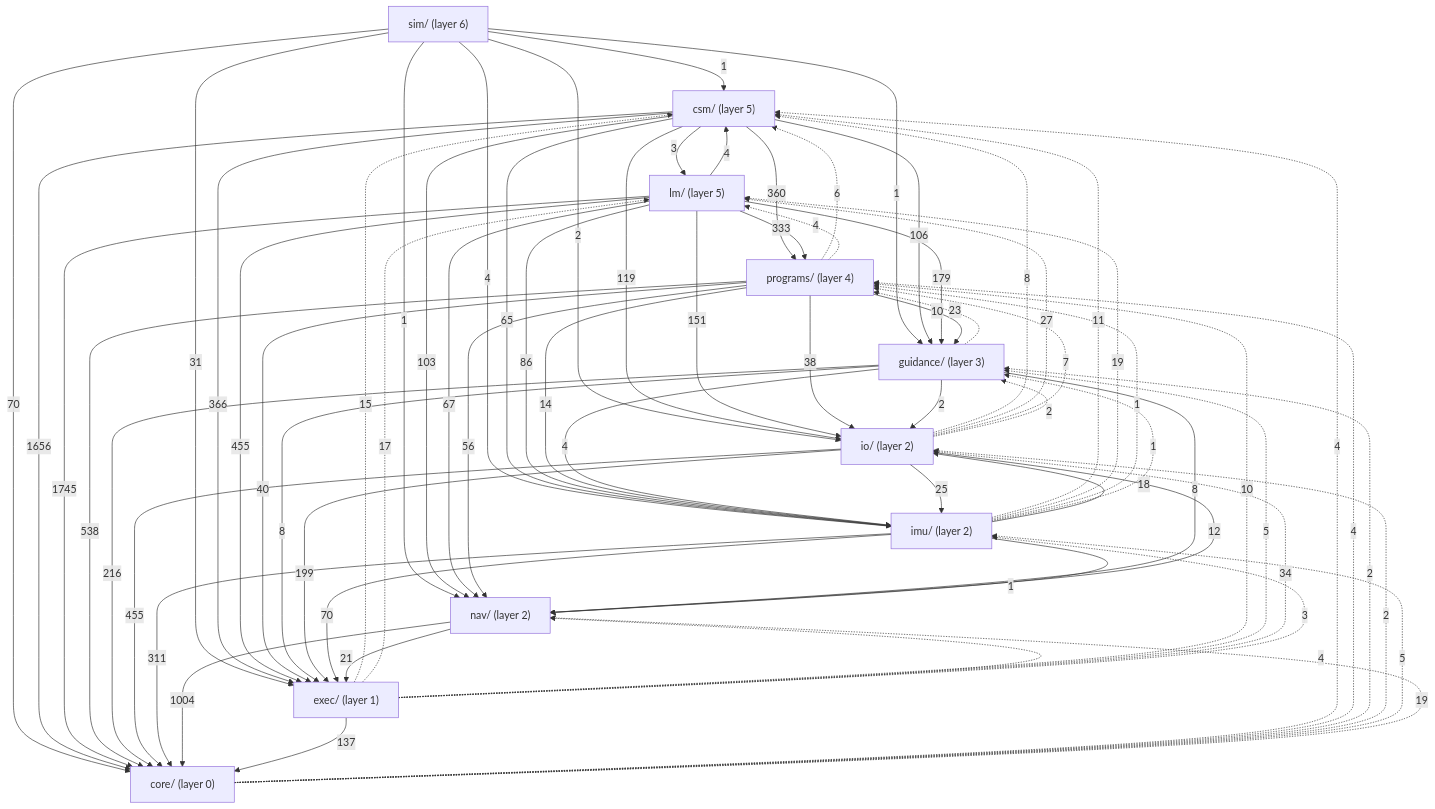
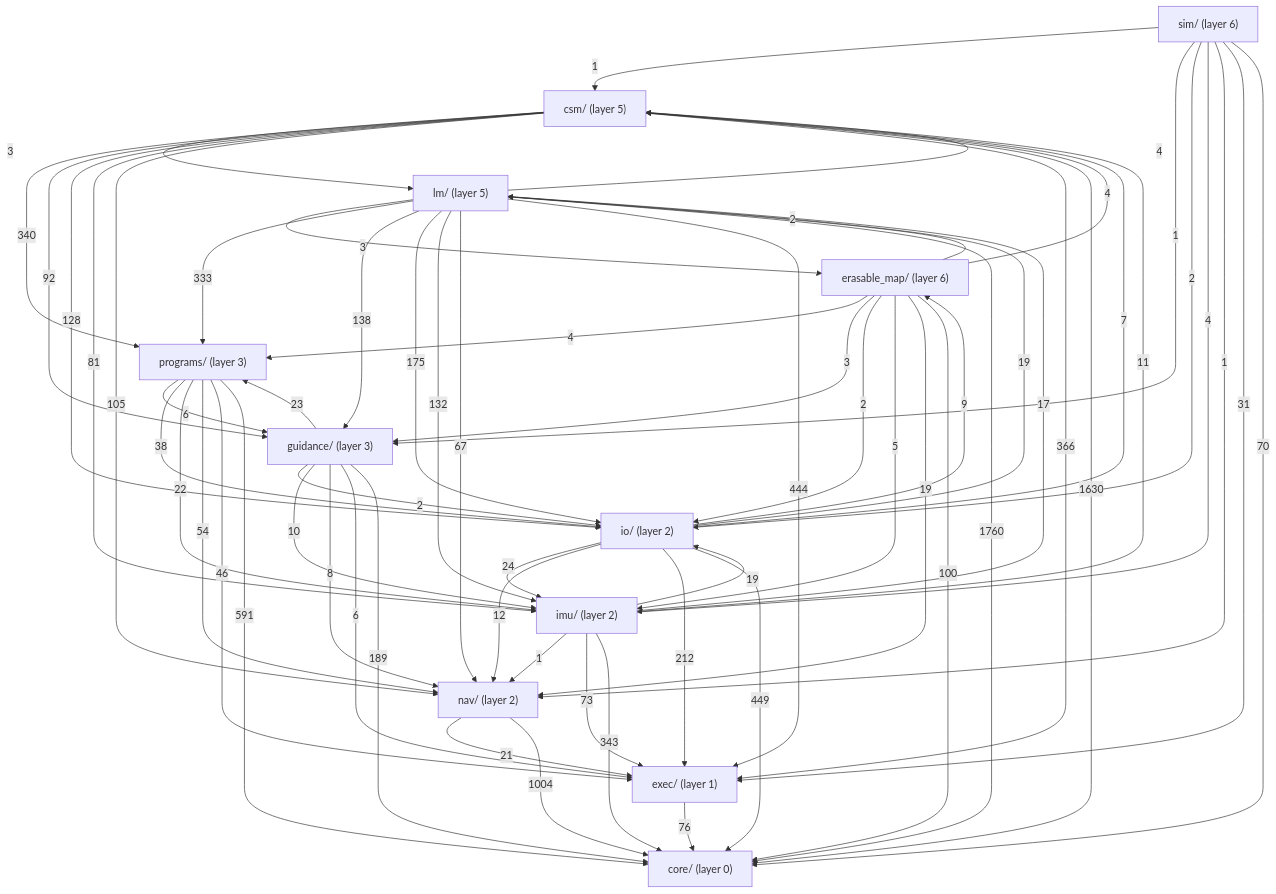
Before and after one commit to bobjoe400/apollo-c: the second of 5 diagrams in docs/overview/README.md, drawn with Mermaid. The commit also changed other lines of this file and 68 other files, not shown here.

````diff
--- a/docs/overview/README.md
+++ b/docs/overview/README.md
@@ -306,82 +309,74 @@
 ```mermaid
 flowchart TB
     sim["sim/ (layer 6)"]
+    erasable_map["erasable_map/ (layer 6)"]
     csm["csm/ (layer 5)"]
     lm["lm/ (layer 5)"]
-    programs["programs/ (layer 4)"]
+    programs["programs/ (layer 3)"]
     guidance["guidance/ (layer 3)"]
     io["io/ (layer 2)"]
     imu["imu/ (layer 2)"]
     nav["nav/ (layer 2)"]
     exec["exec/ (layer 1)"]
     core["core/ (layer 0)"]
     sim -->|1| csm
     sim -->|1| guidance
     sim -->|2| io
     sim -->|4| imu
     sim -->|1| nav
     sim -->|31| exec
     sim -->|70| core
+    erasable_map -->|4| csm
+    erasable_map -->|2| lm
+    erasable_map -->|4| programs
+    erasable_map -->|3| guidance
+    erasable_map -->|2| io
+    erasable_map -->|5| imu
+    erasable_map -->|19| nav
+    erasable_map -->|100| core
     csm -->|3| lm
-    csm -->|360| programs
-    csm -->|106| guidance
-    csm -->|119| io
-    csm -->|65| imu
-    csm -->|103| nav
+    csm -->|340| programs
+    csm -->|92| guidance
+    csm -->|128| io
+    csm -->|81| imu
+    csm -->|105| nav
     csm -->|366| exec
-    csm -->|1656| core
+    csm -->|1630| core
+    lm -->|3| erasable_map
     lm -->|4| csm
     lm -->|333| programs
-    lm -->|179| guidance
-    lm -->|151| io
-    lm -->|86| imu
+    lm -->|138| guidance
+    lm -->|175| io
+    lm -->|132| imu
     lm -->|67| nav
-    lm -->|455| exec
-    lm -->|1745| core
-    programs -.->|6| csm
-    programs -.->|4| lm
-    programs -->|10| guidance
+    lm -->|444| exec
+    lm -->|1760| core
+    programs -->|6| guidance
     programs -->|38| io
-    programs -->|14| imu
-    programs -->|56| nav
-    programs -->|40| exec
-    programs -->|538| core
-    guidance -.->|23| programs
+    programs -->|22| imu
+    programs -->|54| nav
+    programs -->|46| exec
+    programs -->|591| core
+    guidance -->|23| programs
     guidance -->|2| io
-    guidance -->|4| imu
+    guidance -->|10| imu
     guidance -->|8| nav
-    guidance -->|8| exec
-    guidance -->|216| core
-    io -.->|8| csm
-    io -.->|27| lm
-    io -.->|7| programs
-    io -.->|2| guidance
-    io -->|25| imu
+    guidance -->|6| exec
+    guidance -->|189| core
+    io -->|9| erasable_map
+    io -->|7| csm
+    io -->|19| lm
+    io -->|24| imu
     io -->|12| nav
-    io -->|199| exec
-    io -->|455| core
-    imu -.->|11| csm
-    imu -.->|19| lm
-    imu -.->|1| programs
-    imu -.->|1| guidance
-    imu -->|18| io
+    io -->|212| exec
+    io -->|449| core
+    imu -->|11| csm
+    imu -->|17| lm
+    imu -->|19| io
     imu -->|1| nav
-    imu -->|70| exec
-    imu -->|311| core
+    imu -->|73| exec
+    imu -->|343| core
     nav -->|21| exec
     nav -->|1004| core
-    exec -.->|15| csm
-    exec -.->|17| lm
-    exec -.->|10| programs
-    exec -.->|5| guidance
-    exec -.->|34| io
-    exec -.->|3| imu
-    exec -.->|4| nav
-    exec -->|137| core
-    core -.->|4| csm
-    core -.->|4| programs
-    core -.->|2| guidance
-    core -.->|2| io
-    core -.->|5| imu
-    core -.->|19| nav
+    exec -->|76| core
 ```
````
